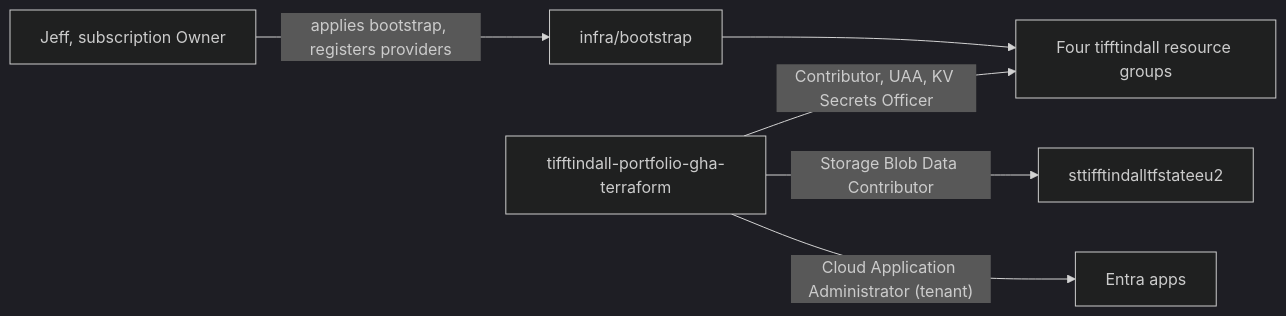
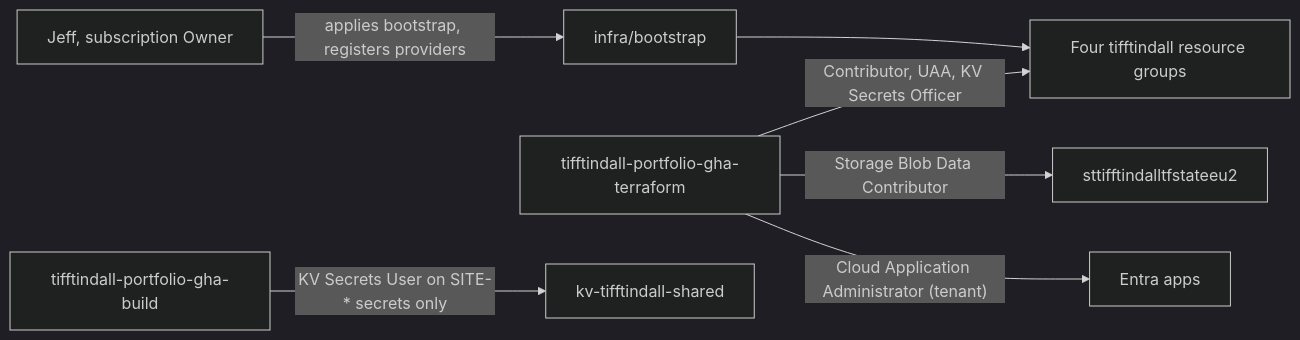
One commit to jefftindall/educator-portfolio changed the diagram in docs/runbooks/subscription-hosting.md. Above: the diagram before and after it, drawn with Mermaid (dark theme). The commit also changed other lines of this file and 6 other files, not shown here.

````diff
--- a/docs/runbooks/subscription-hosting.md
+++ b/docs/runbooks/subscription-hosting.md
@@ -47,8 +47,9 @@
 ```mermaid
 flowchart LR
   jeff[Jeff, subscription Owner] -->|"applies bootstrap, registers providers"| bootstrap[infra/bootstrap]
   bootstrap --> rgs[Four tifftindall resource groups]
   tfSP[tifftindall-portfolio-gha-terraform] -->|"Contributor, UAA, KV Secrets Officer"| rgs
   tfSP -->|"Storage Blob Data Contributor"| tfstate[sttifftindalltfstateeu2]
   tfSP -->|"Cloud Application Administrator (tenant)"| entra[Entra apps]
+  buildSP[tifftindall-portfolio-gha-build] -->|"KV Secrets User on SITE-* secrets only"| sharedkv[kv-tifftindall-shared]
 ```
````
